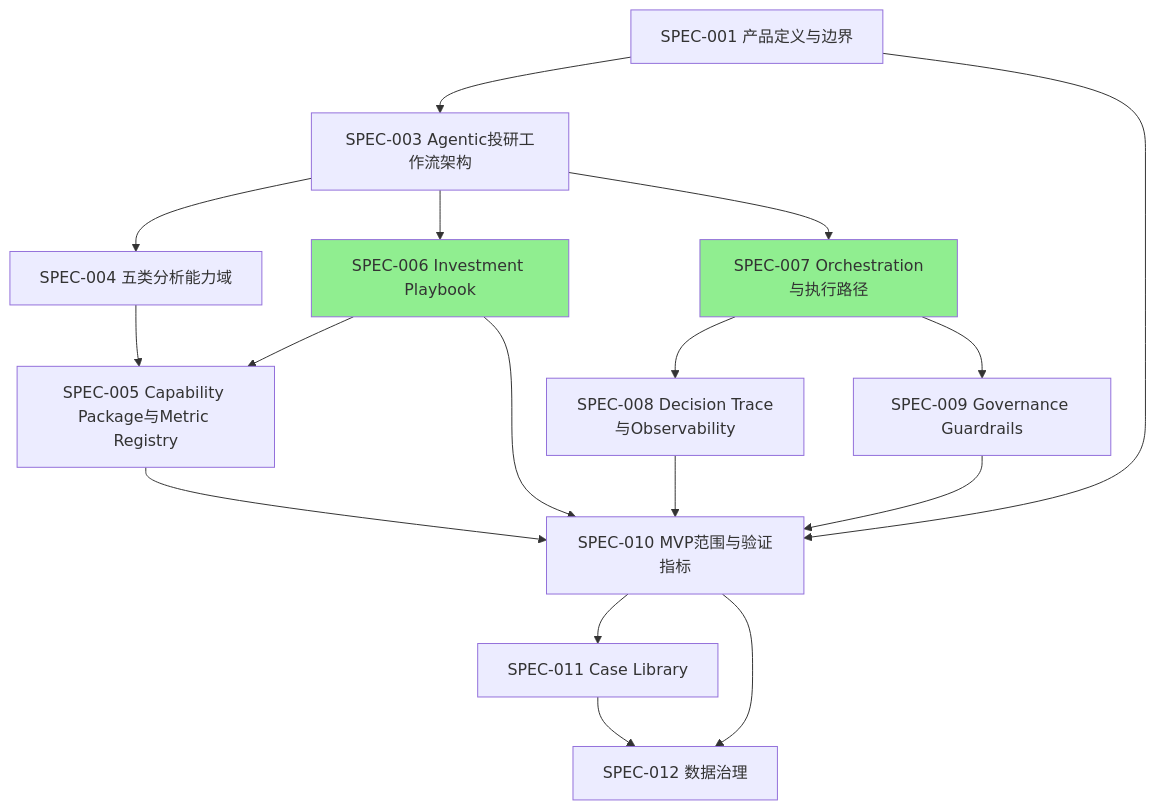
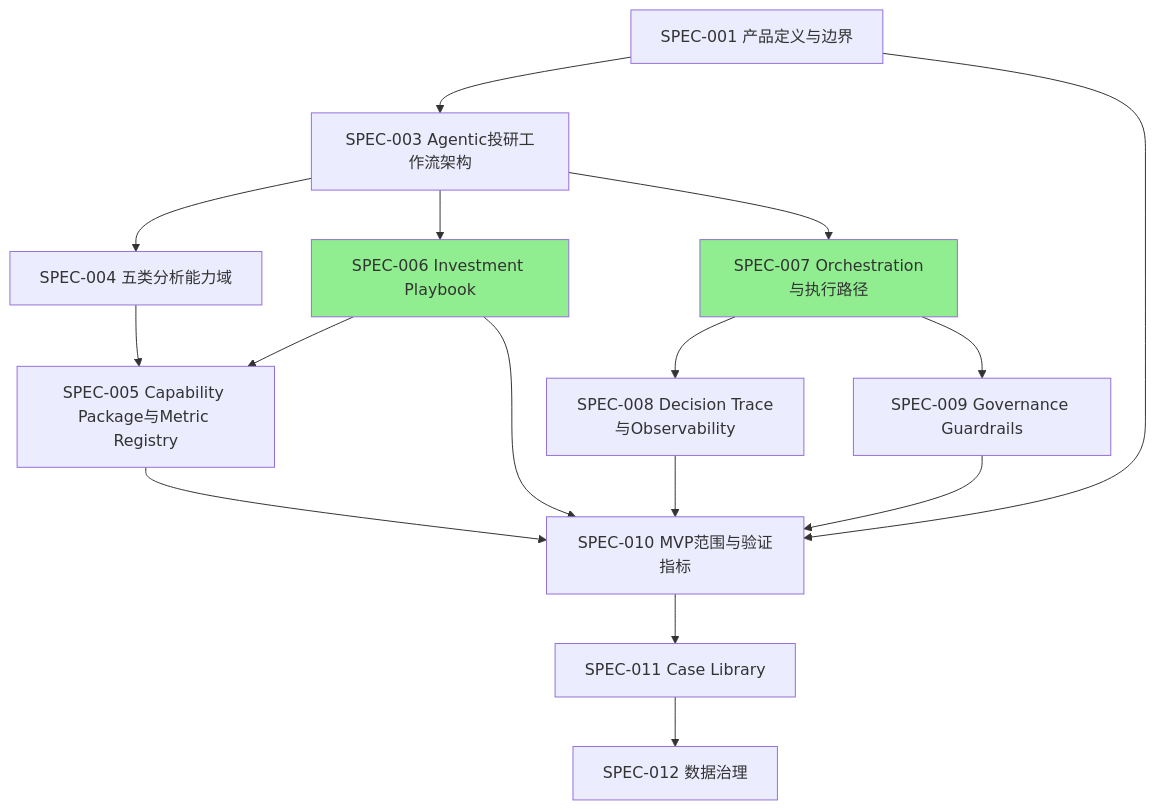
The diagram in README.md (Fredy518/crosslens-specs), drawn with Mermaid before and after one commit. The commit also changed other lines of this file and 4 other files, not shown here.

````diff
--- a/README.md
+++ b/README.md
@@ -66,22 +67,21 @@
 ```mermaid
 graph TD
     SPEC001[SPEC-001 产品定义与边界] --> SPEC003[SPEC-003 Agentic投研工作流架构]
     SPEC001 --> SPEC010[SPEC-010 MVP范围与验证指标]
     SPEC003 --> SPEC004[SPEC-004 五类分析能力域]
     SPEC003 --> SPEC006[SPEC-006 Investment Playbook]
     SPEC003 --> SPEC007[SPEC-007 Orchestration与执行路径]
     SPEC004 --> SPEC005[SPEC-005 Capability Package与Metric Registry]
     SPEC006 --> SPEC005
     SPEC007 --> SPEC008[SPEC-008 Decision Trace与Observability]
     SPEC007 --> SPEC009[SPEC-009 Governance Guardrails]
     SPEC010 --> SPEC011[SPEC-011 Case Library]
-    SPEC010 --> SPEC012[SPEC-012 数据治理]
+    SPEC011 --> SPEC012[SPEC-012 数据治理]
     SPEC009 --> SPEC010
     SPEC005 --> SPEC010
     SPEC006 --> SPEC010
     SPEC008 --> SPEC010
-    SPEC011 --> SPEC012
 
     style SPEC006 fill:#90EE90
     style SPEC007 fill:#90EE90
 ```
````
